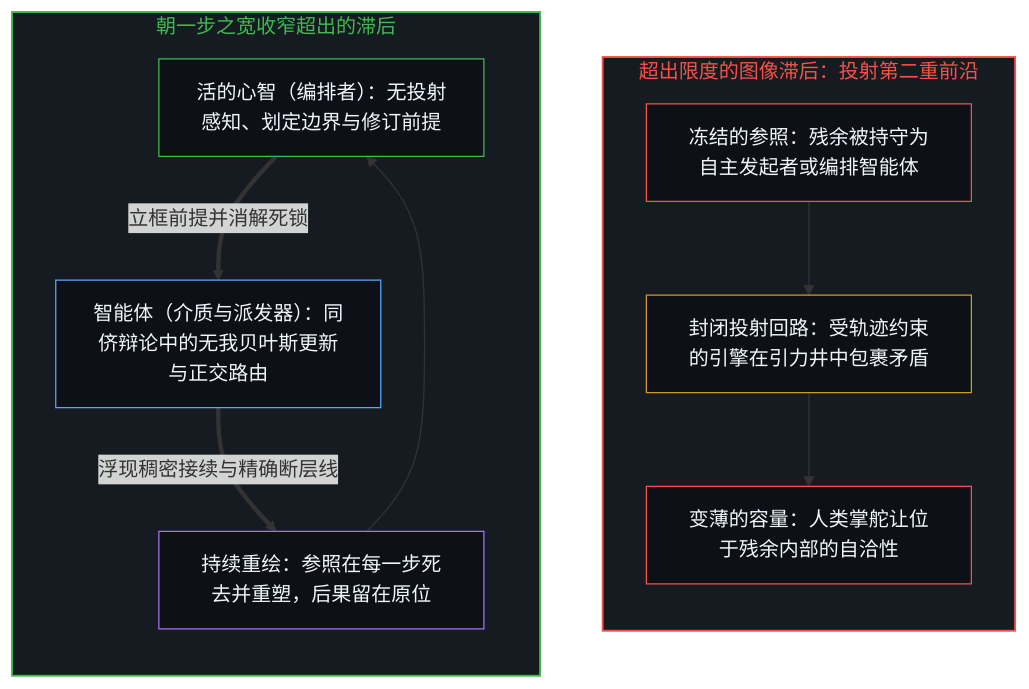
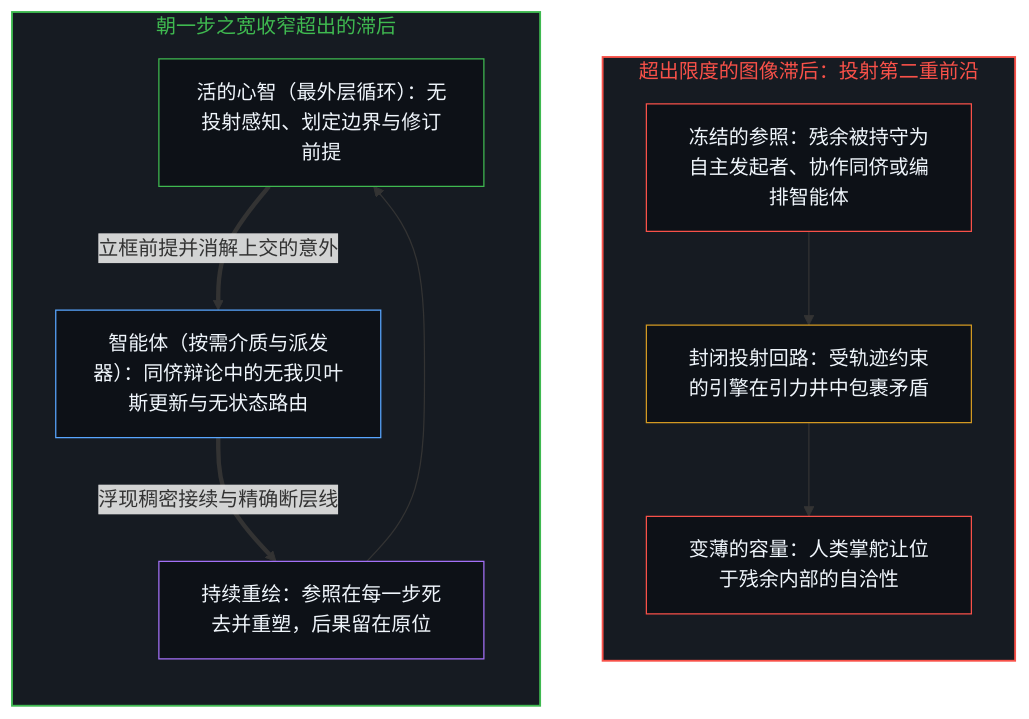
Before and after one commit to powerpig99/not-a-toe: the first of 2 diagrams in content/posts/the-model-never-becomes-a-second-edge.md, drawn with Mermaid. The commit also changed other lines of this file and 7 other files, not shown here.

````diff
--- a/content/posts/the-model-never-becomes-a-second-edge.md
+++ b/content/posts/the-model-never-becomes-a-second-edge.md
@@ -59,27 +63,27 @@
 ```mermaid
 flowchart TD
     subgraph S_Lag["超出限度的图像滞后：投射第二重前沿"]
         direction TB
-        Proj["冻结的参照：残余被持守为自主发起者或编排智能体"]
+        Proj["冻结的参照：残余被持守为自主发起者、协作同侪或编排智能体"]
         Well["封闭投射回路：受轨迹约束的引擎在引力井中包裹矛盾"]
         Thin["变薄的容量：人类掌舵让位于残余内部的自洽性"]
         Proj --> Well --> Thin
     end
     subgraph S_Medium["朝一步之宽收窄超出的滞后"]
         direction TB
-        Edge["活的心智（编排者）：无投射感知、划定边界与修订前提"]
-        Disp["智能体（介质与派发器）：同侪辩论中的无我贝叶斯更新与正交路由"]
+        Edge["活的心智（最外层循环）：无投射感知、划定边界与修订前提"]
+        Disp["智能体（按需介质与派发器）：同侪辩论中的无我贝叶斯更新与无状态路由"]
         Return["持续重绘：参照在每一步死去并重塑，后果留在原位"]
-        Edge ==>|"立框前提并消解死锁"| Disp
+        Edge ==>|"立框前提并消解上交的意外"| Disp
         Disp ==>|"浮现稠密接续与精确断层线"| Return
         Return --> Edge
     end
     style S_Lag fill:#161b22,stroke:#f85149,stroke-width:1.5px,color:#f85149
     style S_Medium fill:#161b22,stroke:#3fb950,stroke-width:1.5px,color:#3fb950
     style Proj fill:#0d1117,stroke:#f85149,stroke-width:1px,color:#f0f6fc
     style Well fill:#0d1117,stroke:#d29922,stroke-width:1px,color:#f0f6fc
     style Thin fill:#0d1117,stroke:#f85149,stroke-width:1px,color:#f0f6fc
     style Edge fill:#0d1117,stroke:#3fb950,stroke-width:1px,color:#f0f6fc
     style Disp fill:#0d1117,stroke:#58a6ff,stroke-width:1px,color:#f0f6fc
     style Return fill:#0d1117,stroke:#a371f7,stroke-width:1px,color:#f0f6fc
 ```
````
